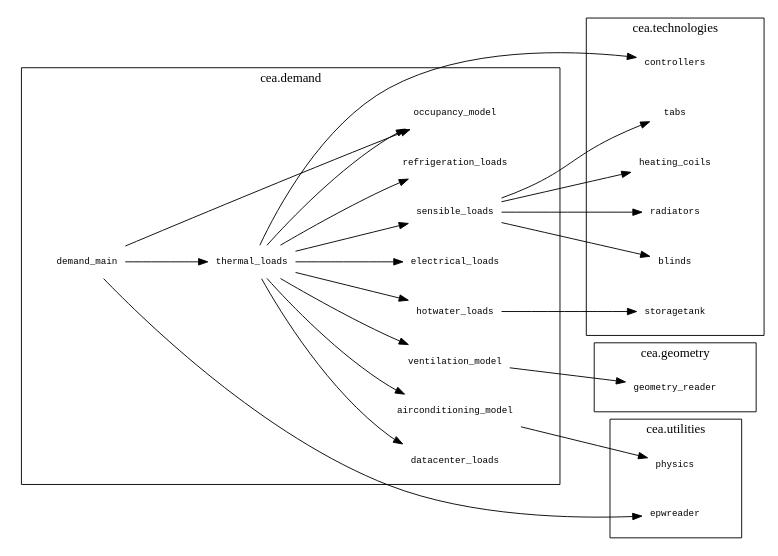
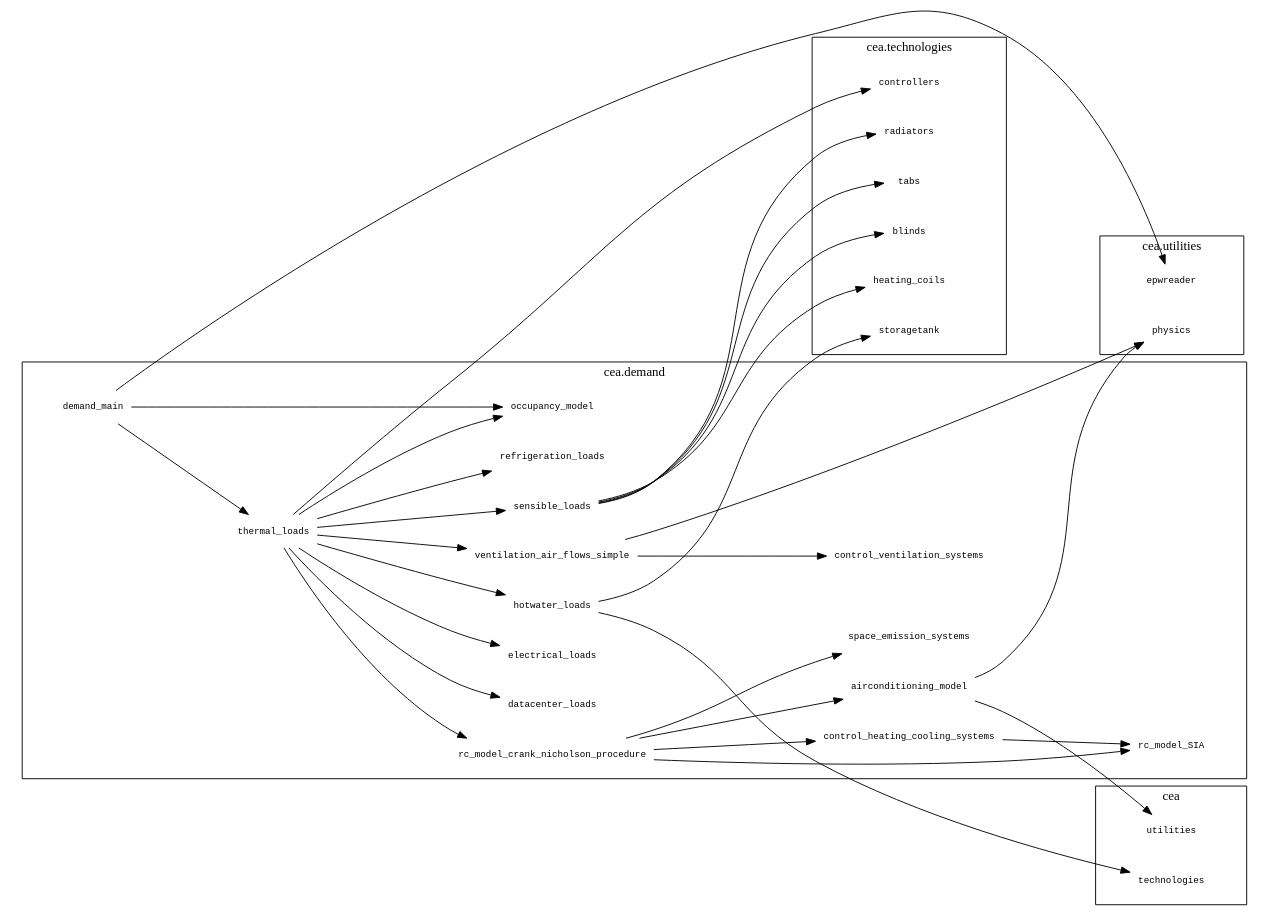
One commit to architecture-building-systems/CityEnergyAnalyst changed the diagram in docs/demand/demand-module-overview.gv. Above: the diagram before and after it, drawn with Graphviz. The commit also changed 5 other files, not shown here.

Commit message:
created module and function call graphs for gabriel's branch

```diff
--- a/docs/demand/demand-module-overview.gv
+++ b/docs/demand/demand-module-overview.gv
@@ -1,56 +1,70 @@
 digraph demand_function_graph {
   rankdir=LR;
   ratio=0.7072135785007072;
   edge[weight=1.2];
   node [shape=plaintext, ranksep=0.7, nodesep=0.7, fontsize=10, fontname=monospace, color=none];
   subgraph "cluster_cea.demand" {
     "thermal_loads";
+    "control_ventilation_systems";
+    "ventilation_air_flows_simple";
+    "hotwater_loads";
+    "refrigeration_loads";
+    "occupancy_model";
+    "datacenter_loads";
+    "electrical_loads";
     "sensible_loads";
-    "ventilation_model";
-    "refrigeration_loads";
-    "datacenter_loads";
     "airconditioning_model";
-    "hotwater_loads";
-    "occupancy_model";
-    "electrical_loads";
+    "rc_model_crank_nicholson_procedure";
+    "control_heating_cooling_systems";
+    "space_emission_systems";
+    "rc_model_SIA";
     "demand_main";
     label="cea.demand";
-  }
-  subgraph "cluster_cea.geometry" {
-    "geometry_reader";
-    label="cea.geometry";
   }
   subgraph "cluster_cea.utilities" {
     "physics";
     "epwreader";
     label="cea.utilities";
   }
+  subgraph "cluster_cea" {
+    "utilities";
+    "technologies";
+    label="cea";
+  }
   subgraph "cluster_cea.technologies" {
+    "controllers";
+    "blinds";
     "storagetank";
     "heating_coils";
     "radiators";
-    "blinds";
-    "controllers";
     "tabs";
     label="cea.technologies";
   }
+  "thermal_loads" -> "hotwater_loads";
+  "thermal_loads" -> "rc_model_crank_nicholson_procedure";
+  "thermal_loads" -> "controllers";
+  "ventilation_air_flows_simple" -> "control_ventilation_systems";
+  "thermal_loads" -> "datacenter_loads";
+  "sensible_loads" -> "heating_coils";
+  "sensible_loads" -> "radiators";
+  "rc_model_crank_nicholson_procedure" -> "control_heating_cooling_systems";
+  "airconditioning_model" -> "utilities";
+  "sensible_loads" -> "blinds";
+  "thermal_loads" -> "refrigeration_loads";
+  "rc_model_crank_nicholson_procedure" -> "space_emission_systems";
+  "hotwater_loads" -> "storagetank";
+  "ventilation_air_flows_simple" -> "physics";
+  "rc_model_crank_nicholson_procedure" -> "airconditioning_model";
+  "control_heating_cooling_systems" -> "rc_model_SIA";
+  "demand_main" -> "occupancy_model";
   "thermal_loads" -> "occupancy_model";
-  "thermal_loads" -> "hotwater_loads";
-  "sensible_loads" -> "radiators";
   "thermal_loads" -> "electrical_loads";
-  "ventilation_model" -> "geometry_reader";
-  "thermal_loads" -> "controllers";
-  "sensible_loads" -> "blinds";
-  "thermal_loads" -> "airconditioning_model";
-  "thermal_loads" -> "datacenter_loads";
   "airconditioning_model" -> "physics";
-  "thermal_loads" -> "refrigeration_loads";
   "thermal_loads" -> "sensible_loads";
+  "demand_main" -> "thermal_loads";
+  "thermal_loads" -> "ventilation_air_flows_simple";
+  "hotwater_loads" -> "technologies";
+  "demand_main" -> "epwreader";
   "sensible_loads" -> "tabs";
-  "demand_main" -> "epwreader";
-  "hotwater_loads" -> "storagetank";
-  "demand_main" -> "occupancy_model";
-  "sensible_loads" -> "heating_coils";
-  "thermal_loads" -> "ventilation_model";
-  "demand_main" -> "thermal_loads";
+  "rc_model_crank_nicholson_procedure" -> "rc_model_SIA";
 }
```
